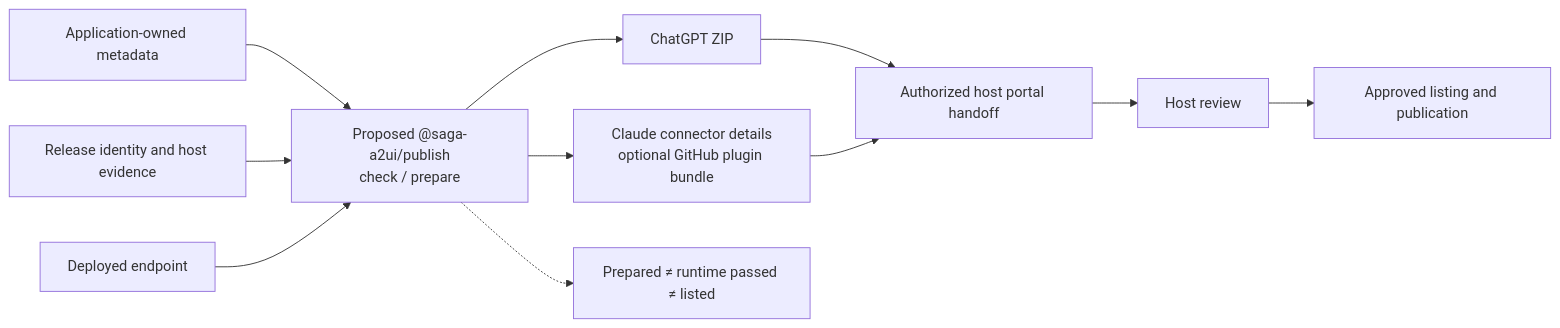
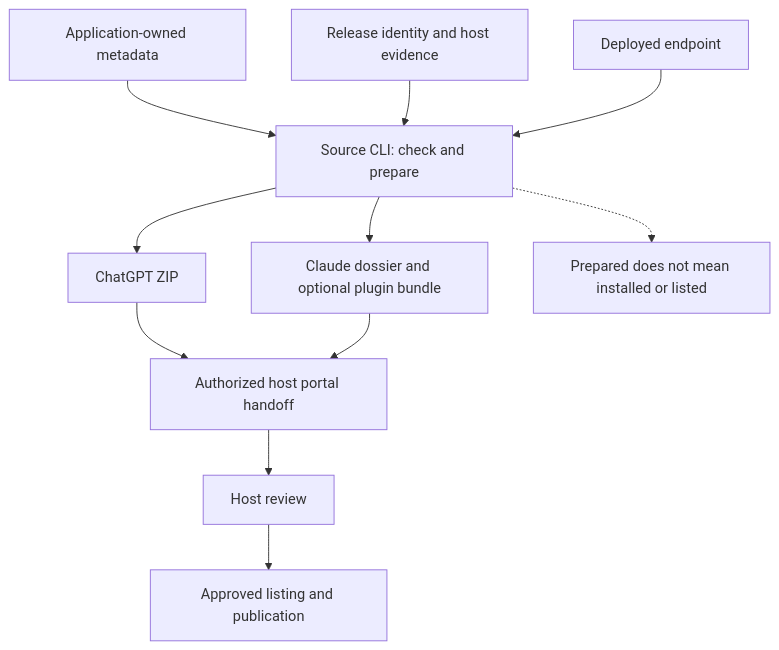
Before and after one commit to MachineWisdomAI/saga-a2ui: the diagram in diagrams/host-publication.mmd, drawn with Mermaid. The commit also changed 13 other files, not shown here.

```diff
--- a/diagrams/host-publication.mmd
+++ b/diagrams/host-publication.mmd
@@ -1,11 +1,11 @@
-flowchart LR
-  metadata[Application-owned metadata] --> prepare["Proposed @saga-a2ui/publish<br/>check / prepare"]
+flowchart TD
+  metadata[Application-owned metadata] --> prepare["Source CLI: check and prepare"]
   release[Release identity and host evidence] --> prepare
   endpoint[Deployed endpoint] --> prepare
   prepare --> chatgpt[ChatGPT ZIP]
-  prepare --> claude["Claude connector details<br/>optional GitHub plugin bundle"]
+  prepare --> claude["Claude dossier and optional plugin bundle"]
   chatgpt --> handoff[Authorized host portal handoff]
   claude --> handoff
   handoff --> review[Host review]
   review --> listed[Approved listing and publication]
-  prepare -.-> claims["Prepared ≠ runtime passed ≠ listed"]
+  prepare -.-> claims["Prepared does not mean installed or listed"]
```
